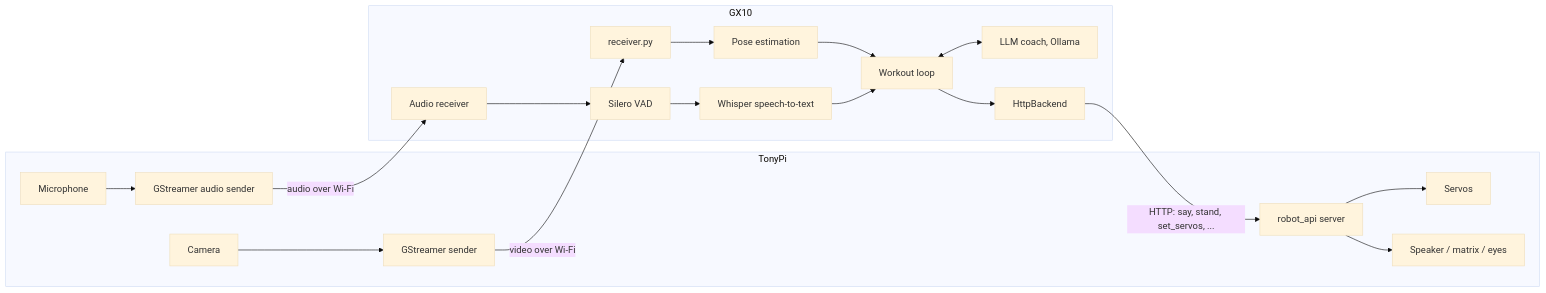
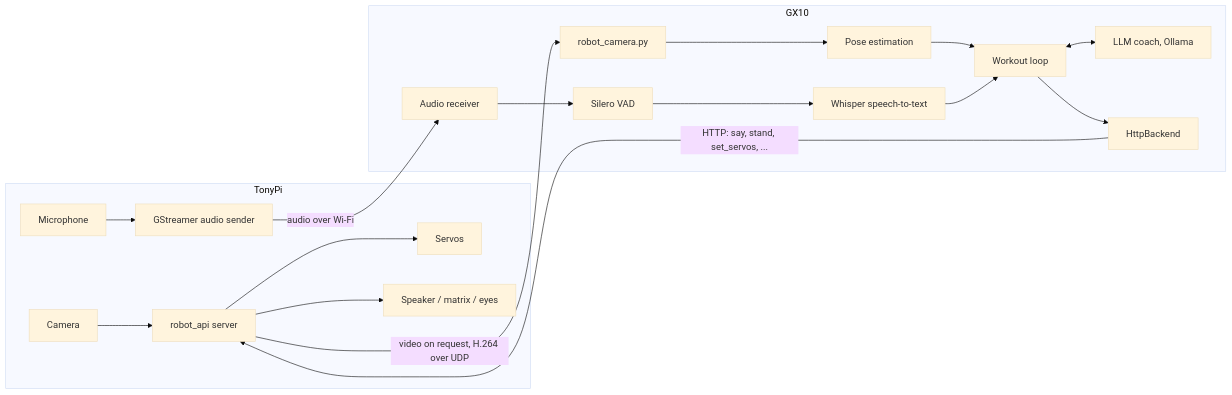
Before and after one commit to rv-us/baymax: the first of 2 diagrams in docs/workout-agent-loop.md, drawn with Mermaid (base theme). The commit also changed other lines of this file and 13 other files, not shown here.

First line of the commit message:
Get the robot's camera from the API's UDP stream everywhere

````diff
--- a/docs/workout-agent-loop.md
+++ b/docs/workout-agent-loop.md
@@ -11,20 +11,20 @@
 ```mermaid
 flowchart LR
     subgraph Pi[TonyPi]
-        CAM[Camera] --> SEND[GStreamer sender]
+        CAM[Camera] --> API
         API[robot_api server]
         API --> SERVOS[Servos]
         API --> SPK[Speaker / matrix / eyes]
         MIC[Microphone] --> ASEND[GStreamer audio sender]
     end
     subgraph GX[GX10]
-        RX[receiver.py] --> POSE[Pose estimation]
+        RX[robot_camera.py] --> POSE[Pose estimation]
         POSE --> LOOP[Workout loop]
         ARX[Audio receiver] --> VAD[Silero VAD] --> STT[Whisper speech-to-text] --> LOOP
         LOOP <--> LLM[LLM coach, Ollama]
         LOOP --> CLIENT[HttpBackend]
     end
-    SEND -- video over Wi-Fi --> RX
+    API -- video on request, H.264 over UDP --> RX
     CLIENT -- HTTP: say, stand, set_servos, ... --> API
     ASEND -- audio over Wi-Fi --> ARX
 ```
````
